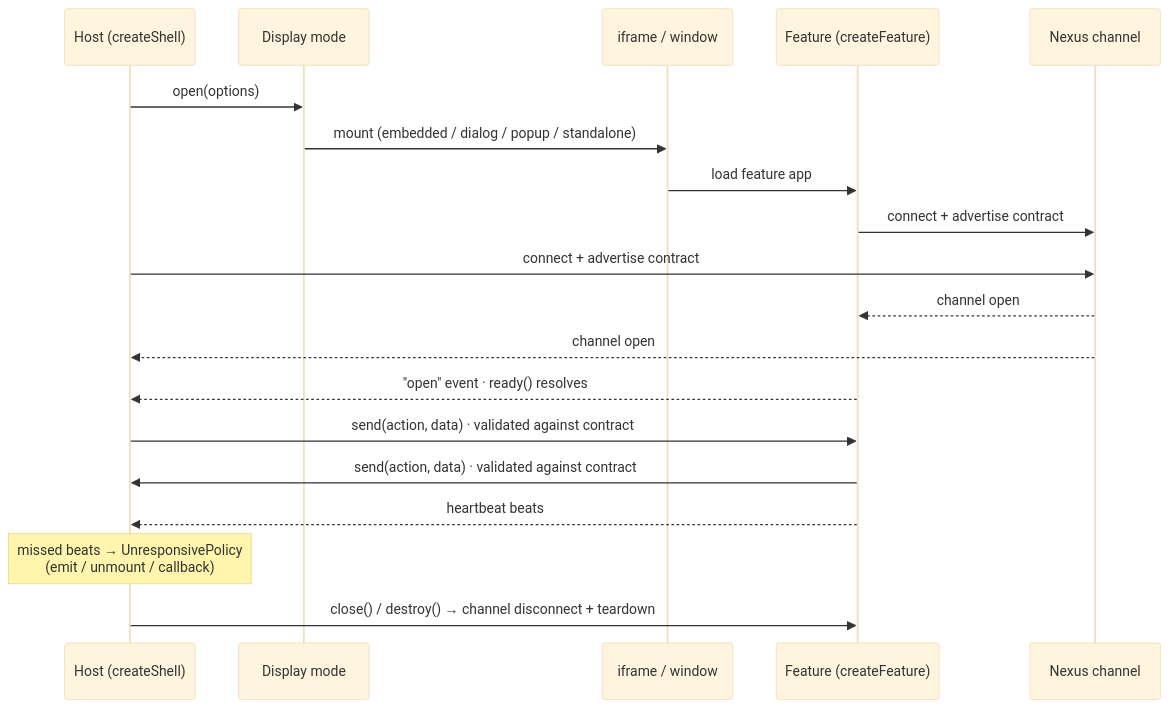
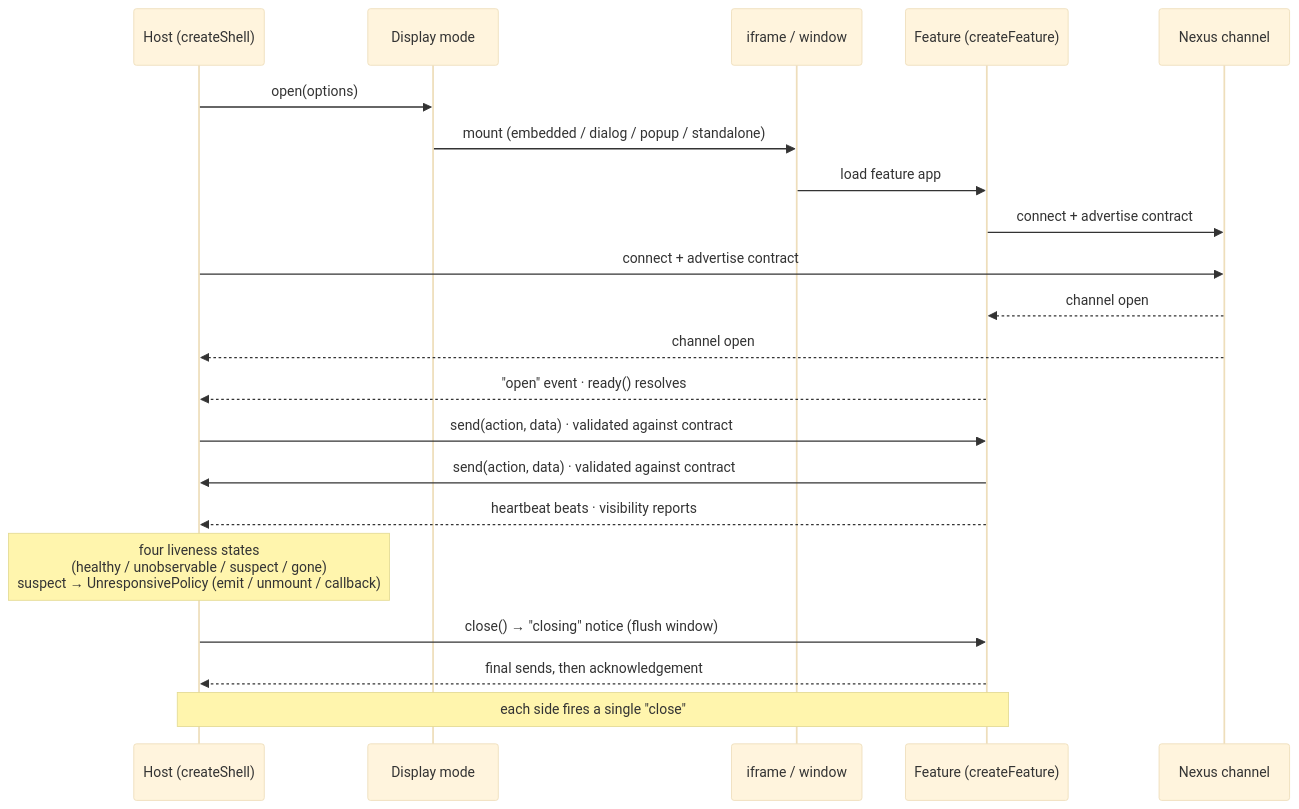
The second of 2 diagrams in libs/features/ARCHITECTURE.md (AndrewRedican/hyperfrontend), drawn with Mermaid before and after one commit. The commit also changed other lines of this file and 2 other files, not shown here.

Commit message:
docs(lib-features): document the liveness states and polite teardown

````diff
--- a/libs/features/ARCHITECTURE.md
+++ b/libs/features/ARCHITECTURE.md
@@ -100,28 +100,30 @@
 ```mermaid
 ---
 config:
   theme: base
   themeVariables:
     fontSize: 12px
 ---
 sequenceDiagram
     participant H as Host (createShell)
     participant D as Display mode
     participant I as iframe / window
     participant F as Feature (createFeature)
     participant N as Nexus channel
 
     H->>D: open(options)
     D->>I: mount (embedded / dialog / popup / standalone)
     I->>F: load feature app
     F->>N: connect + advertise contract
     H->>N: connect + advertise contract
     N-->>F: channel open
     N-->>H: channel open
     F-->>H: "open" event · ready() resolves
     H->>F: send(action, data)  ·  validated against contract
     F->>H: send(action, data)  ·  validated against contract
-    F-->>H: heartbeat beats
-    Note over H: missed beats → UnresponsivePolicy<br/>(emit / unmount / callback)
-    H->>F: close() / destroy() → channel disconnect + teardown
+    F-->>H: heartbeat beats · visibility reports
+    Note over H: four liveness states<br/>(healthy / unobservable / suspect / gone)<br/>suspect → UnresponsivePolicy (emit / unmount / callback)
+    H->>F: close() → "closing" notice (flush window)
+    F-->>H: final sends, then acknowledgement
+    Note over H,F: each side fires a single "close"
 ```
````
